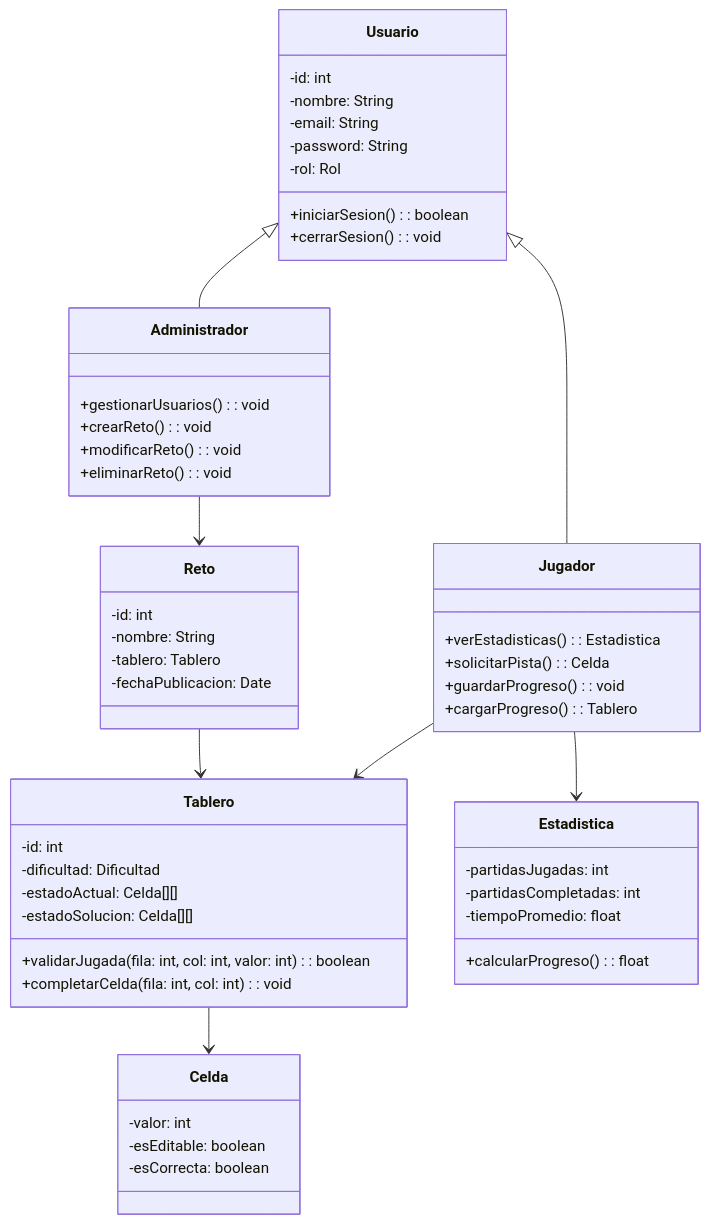
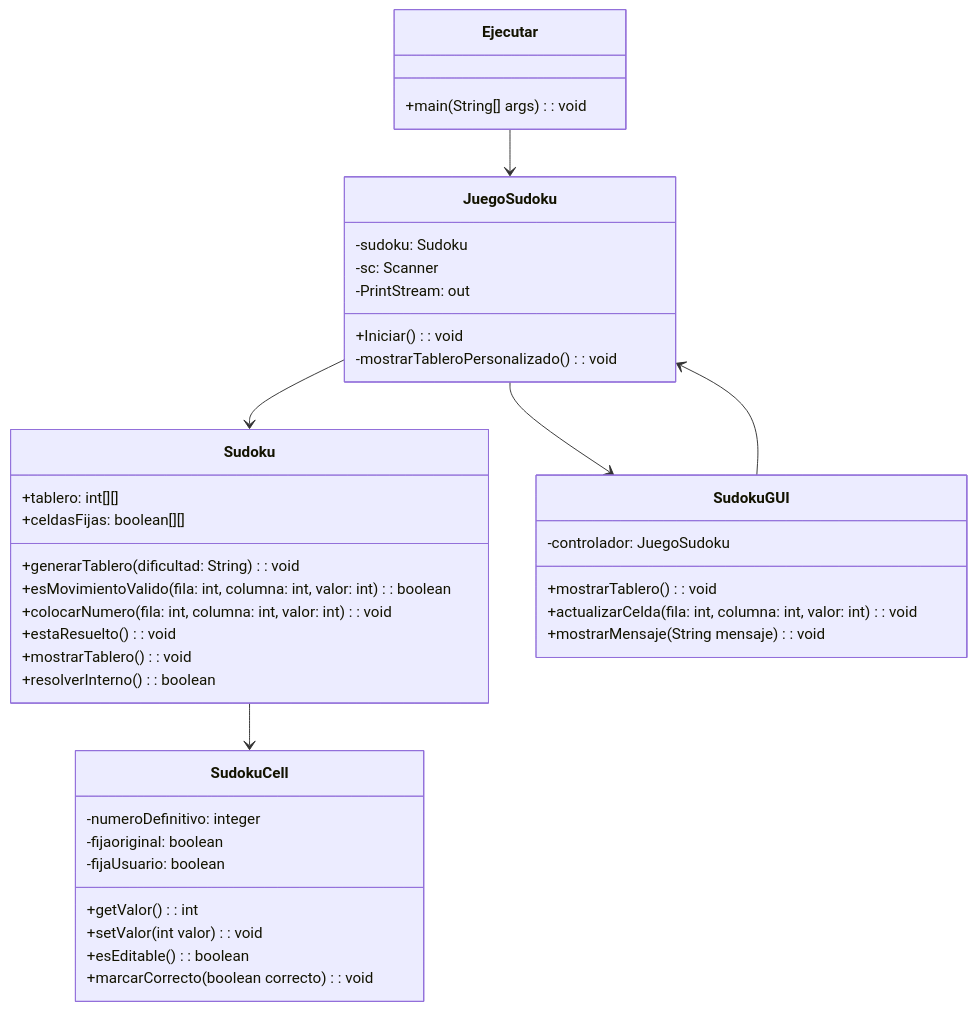
The sixth of 6 diagrams in AnálisisRequerimiento.md (AngelRagel05/Sudoku), drawn with Mermaid before and after one commit.

Commit message:
Actualizar diagrama de clases UML en el análisis de requerimiento para reflejar la estructura del sistema y las interacciones entre las clases.

````diff
--- a/AnálisisRequerimiento.md
+++ b/AnálisisRequerimiento.md
@@ -165,64 +165,52 @@
 ``` mermaid
 classDiagram
-    class Usuario {
-        -id: int
-        -nombre: String
-        -email: String
-        -password: String
-        -rol: Rol
-        +iniciarSesion(): boolean
-        +cerrarSesion(): void
+    class Ejecutar {
+        +main(String[] args): void
     }
 
-    class Jugador {
-        +verEstadisticas(): Estadistica
-        +solicitarPista(): Celda
-        +guardarProgreso(): void
-        +cargarProgreso(): Tablero
+    class JuegoSudoku {
+        -sudoku: Sudoku
+        -sc: Scanner
+        -PrintStream: out
+
+        +Iniciar(): void
+        -mostrarTableroPersonalizado(): void
     }
 
-    class Administrador {
-        +gestionarUsuarios(): void
-        +crearReto(): void
-        +modificarReto(): void
-        +eliminarReto(): void
+    class Sudoku {
+        +tablero: int[][]
+        +celdasFijas: boolean[][] 
+
+        +generarTablero(dificultad: String): void
+        +esMovimientoValido(fila: int, columna: int, valor: int): boolean
+        +colocarNumero(fila: int, columna: int, valor: int): void
+        +estaResuelto(): void
+        +mostrarTablero(): void
+        +resolverInterno(): boolean
     }
 
-    class Tablero {
-        -id: int
-        -dificultad: Dificultad
-        -estadoActual: Celda[][]
-        -estadoSolucion: Celda[][]
-        +validarJugada(fila: int, col: int, valor: int): boolean
-        +completarCelda(fila: int, col: int): void
+    class SudokuCell {
+        -numeroDefinitivo: integer
+        -fijaoriginal: boolean
+        -fijaUsuario: boolean
+
+        +getValor(): int
+        +setValor(int valor): void
+        +esEditable(): boolean
+        +marcarCorrecto(boolean correcto): void
     }
 
-    class Celda {
-        -valor: int
-        -esEditable: boolean
-        -esCorrecta: boolean
+    class SudokuGUI {
+        -controlador: JuegoSudoku
+        +mostrarTablero(): void
+        +actualizarCelda(fila: int, columna: int, valor: int): void
+        +mostrarMensaje(String mensaje): void
     }
 
-    class Estadistica {
-        -partidasJugadas: int
-        -partidasCompletadas: int
-        -tiempoPromedio: float
-        +calcularProgreso(): float
-    }
-
-    class Reto {
-        -id: int
-        -nombre: String
-        -tablero: Tablero
-        -fechaPublicacion: Date
-    }
-
-    Usuario <|-- Jugador
-    Usuario <|-- Administrador
-    Jugador --> Tablero
-    Jugador --> Estadistica
-    Administrador --> Reto
-    Reto --> Tablero
-    Tablero --> Celda
+    Ejecutar --> JuegoSudoku
+    JuegoSudoku --> Sudoku
+    JuegoSudoku --> SudokuGUI
+    Sudoku --> SudokuCell
+    SudokuGUI --> JuegoSudoku
 
 ```
````
